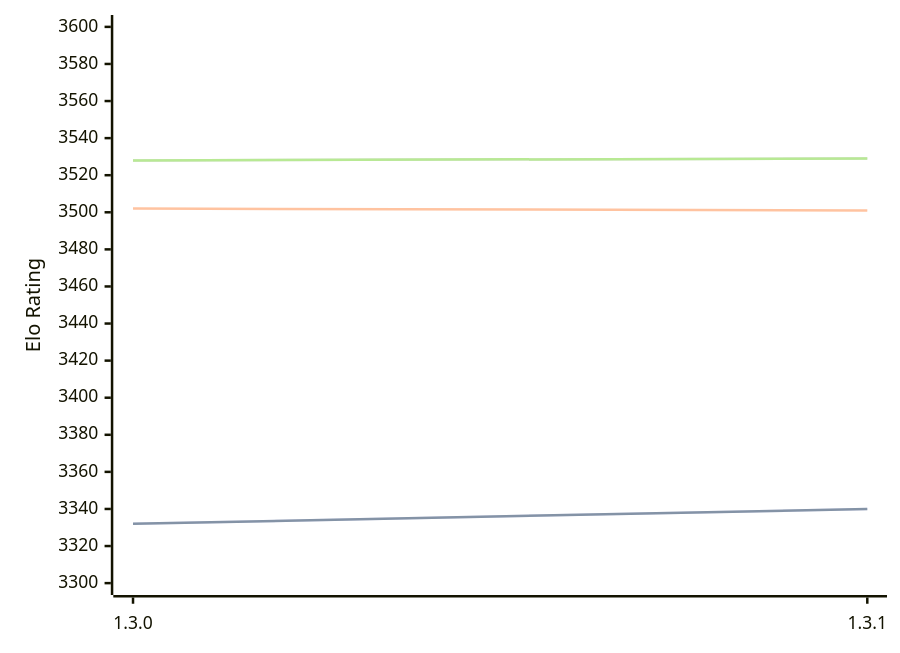
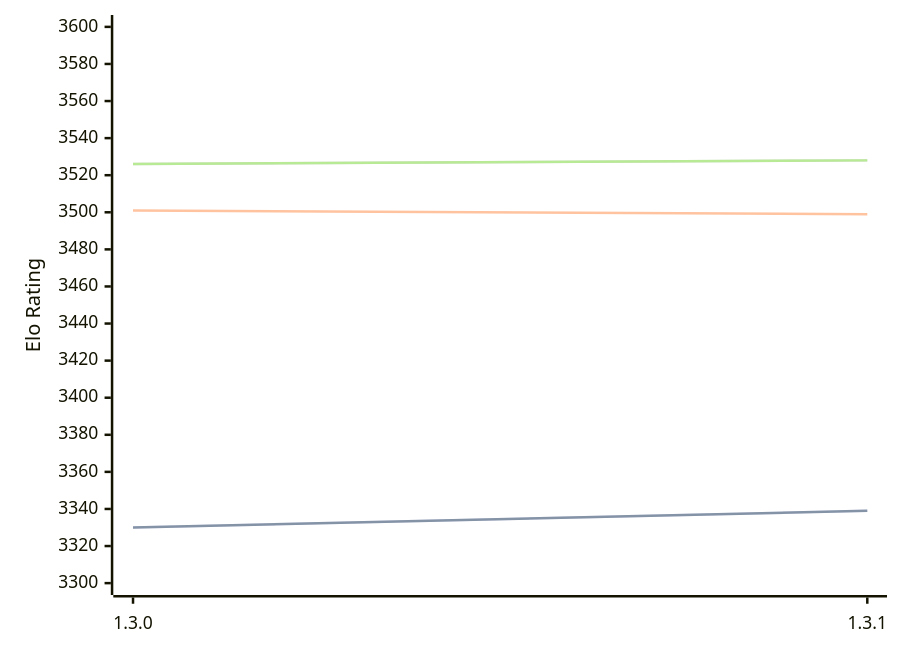
The diagram in engines/Renegade.md (computer-chess-index/cci), drawn with Mermaid before and after one commit. The commit also changed other lines of this file, not shown here.

Commit message:
Update CCI Ratings (ELO VLTC) - 2026-08-04

````diff
--- a/engines/Renegade.md
+++ b/engines/Renegade.md
@@ -42,11 +42,11 @@
 ```mermaid
 %%{init: {"theme":"base","themeVariables":{"seriesColors:['#a3a3a3','#222221','#faa371']}}}%%
 xychart-beta
   x-axis ["1.3.0", "1.3.1"]
   y-axis "Elo Rating" 3300 --> 3600
-  line "STC (8.0+0.08s)" [3332, 3340]
-  line "STC (8.0+0.08s)" [3332, 3340]
-  line "LTC (60.0+0.60s)" [3502, 3501]
-  line "VLTC (2m24s+1.12s)" [3528, 3529]
-  line "VLTC (2m24s+1.12s)" [3528, 3529]
+  line "STC (8.0+0.08s)" [3330, 3339]
+  line "STC (8.0+0.08s)" [3330, 3339]
+  line "LTC (60.0+0.60s)" [3501, 3499]
+  line "VLTC (2m24s+1.12s)" [3526, 3528]
+  line "VLTC (2m24s+1.12s)" [3526, 3528]
 ```
````
